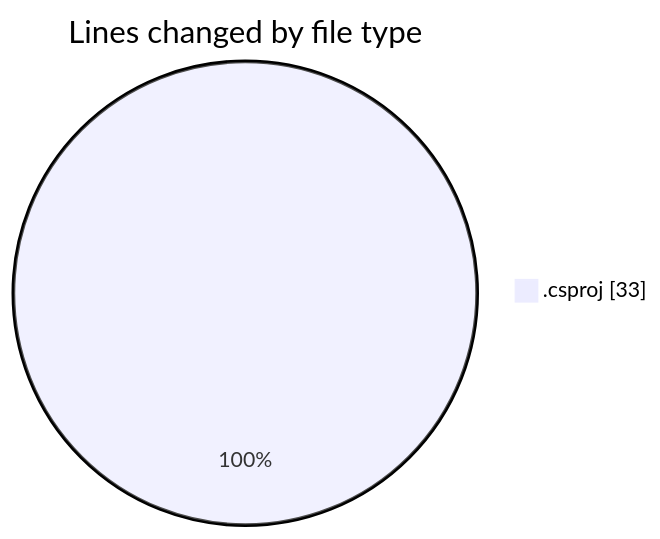
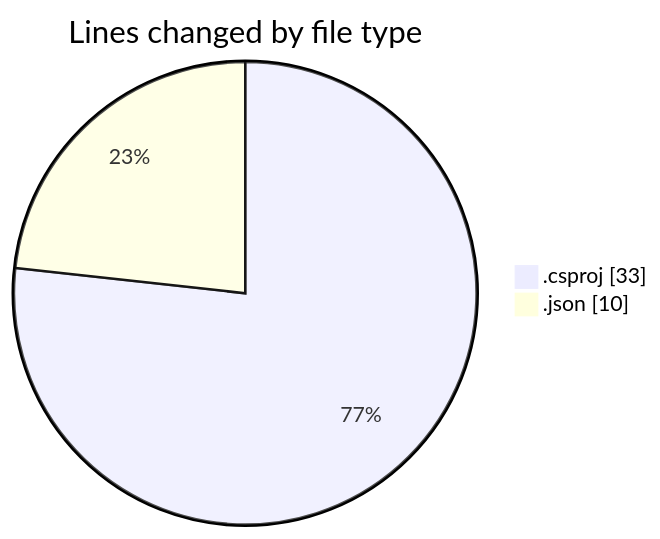
One commit to Netris89/code-tracking changed the first of 2 diagrams in 2025-10-13/skintrack/README.md. Above: the diagram before and after it, drawn with Mermaid. The commit also changed other lines of this file and 1 other file, not shown here.

````diff
--- a/2025-10-13/skintrack/README.md
+++ b/2025-10-13/skintrack/README.md
@@ -20,5 +21,6 @@
 ```mermaid
 pie showData
 title Lines changed by file type
 ".csproj" : 33
+".json" : 10
 ```
````
